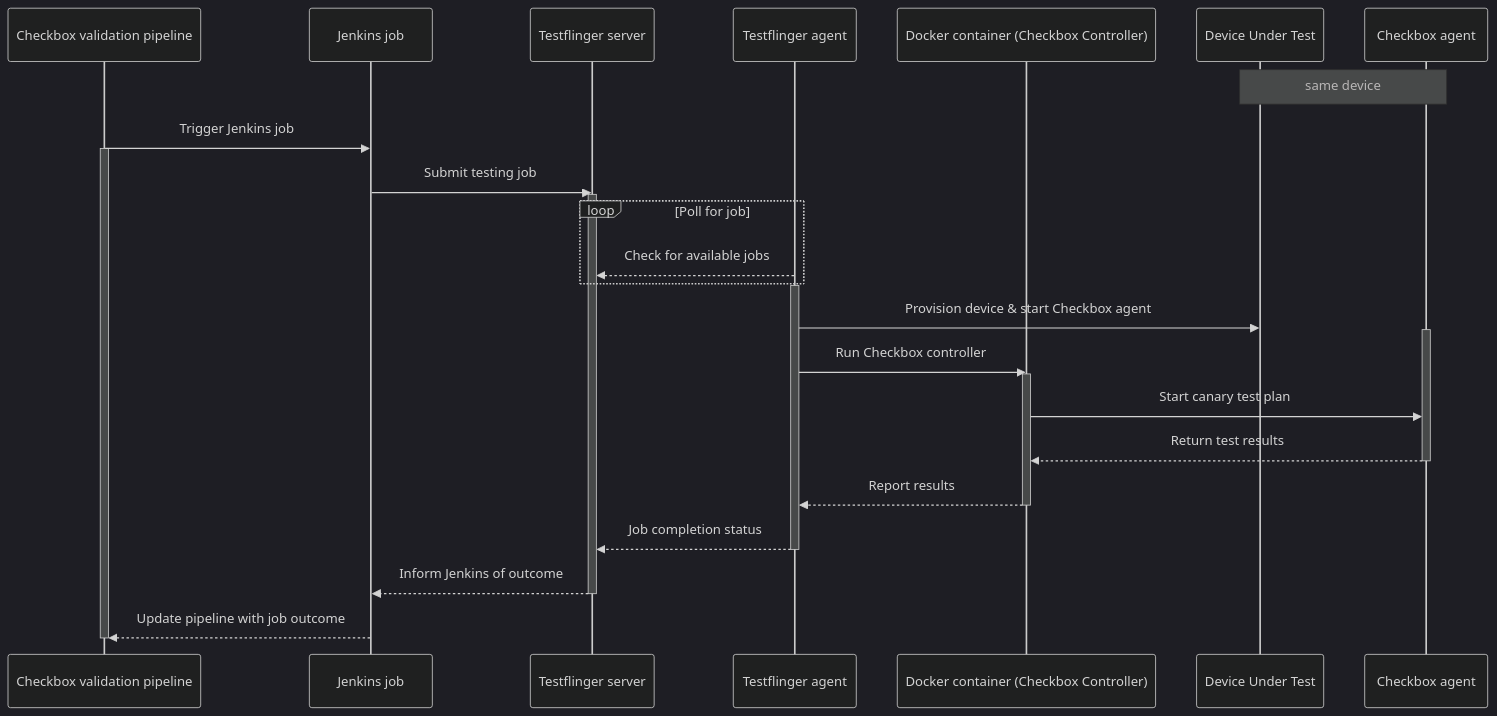
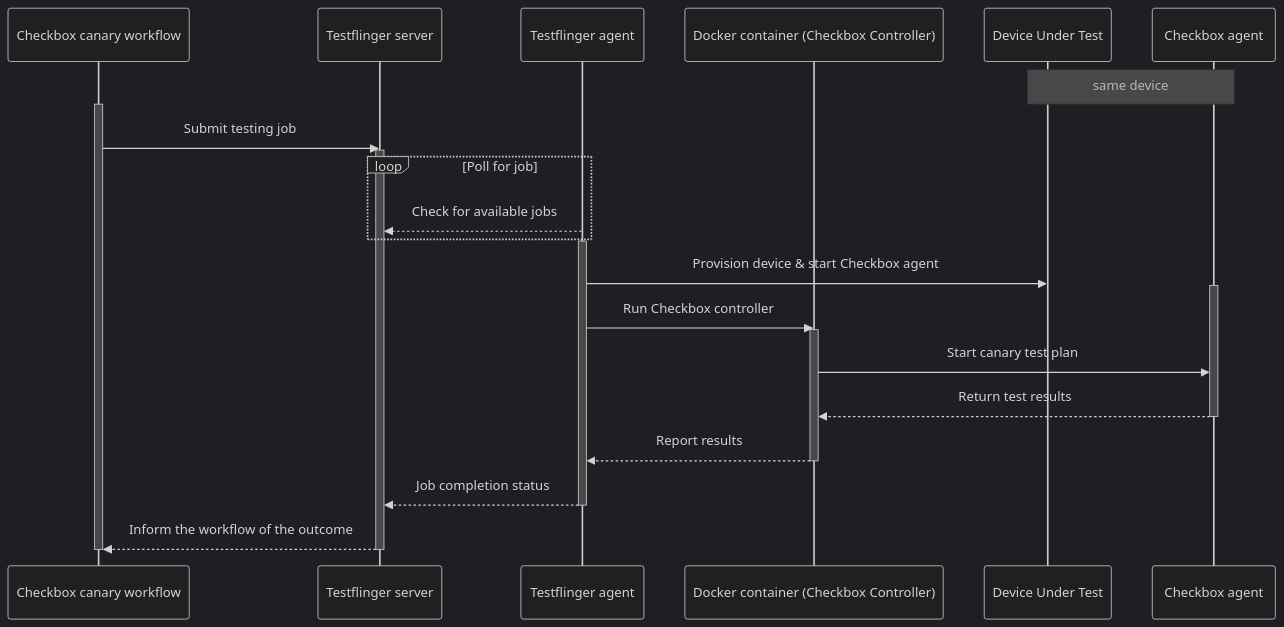
One commit to canonical/checkbox changed the third of 3 diagrams in docs/explanation/release_process/validation_pipeline_execution.rst. Above: the diagram before and after it, drawn with Mermaid (dark theme). The commit also changed other lines of this file and 5 other files, not shown here.

First line of the commit message:
Move edge canary validation to GitHub

```diff
--- a/docs/explanation/release_process/validation_pipeline_execution.rst
+++ b/docs/explanation/release_process/validation_pipeline_execution.rst
@@ -60,37 +61,34 @@
 .. mermaid::
 
     sequenceDiagram
 
-        participant Pipeline as Checkbox validation pipeline
-        participant Jenkins as Jenkins job
+        participant Pipeline as Checkbox canary workflow
         participant TServer as Testflinger server
         participant TAgent as Testflinger agent
         participant Docker as Docker container (Checkbox Controller)
         participant Device as Device Under Test
         participant CAgent as Checkbox agent
         note over Device,CAgent: same device
 
-        Pipeline->>Jenkins: Trigger Jenkins job
         activate Pipeline
-        Jenkins->>TServer: Submit testing job
+        Pipeline->>TServer: Submit testing job
         activate TServer
         loop Poll for job
             TAgent-->>TServer: Check for available jobs
         end
         activate TAgent
         TAgent->>Device: Provision device & start Checkbox agent
         activate Device
         activate CAgent
         TAgent->>Docker: Run Checkbox controller
         activate Docker
         Docker->>CAgent: Start canary test plan
         CAgent-->>Docker: Return test results
         deactivate CAgent
         Docker-->>TAgent: Report results
         deactivate Docker
         TAgent-->>TServer: Job completion status
         deactivate TAgent
-        TServer-->>Jenkins: Inform Jenkins of outcome
+        TServer-->>Pipeline: Inform the workflow of the outcome
         deactivate TServer
-        Jenkins-->>Pipeline: Update pipeline with job outcome
         deactivate Pipeline
```
